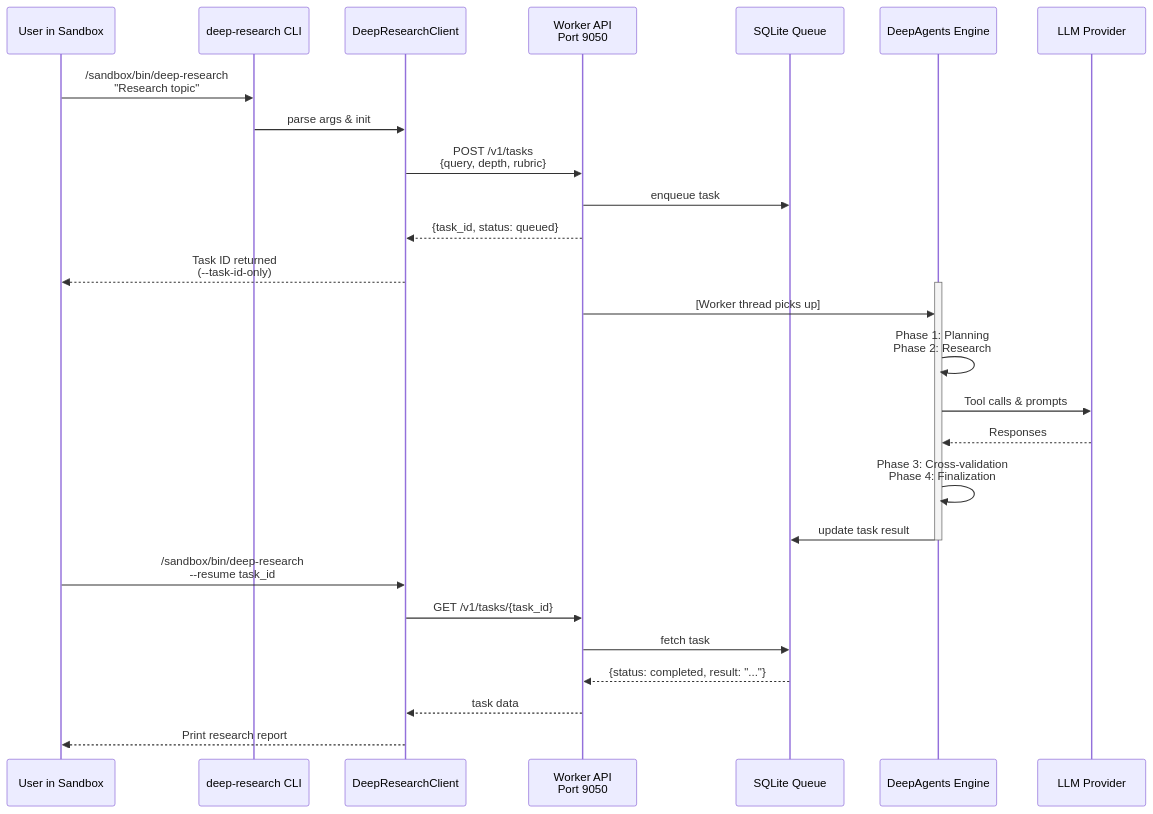
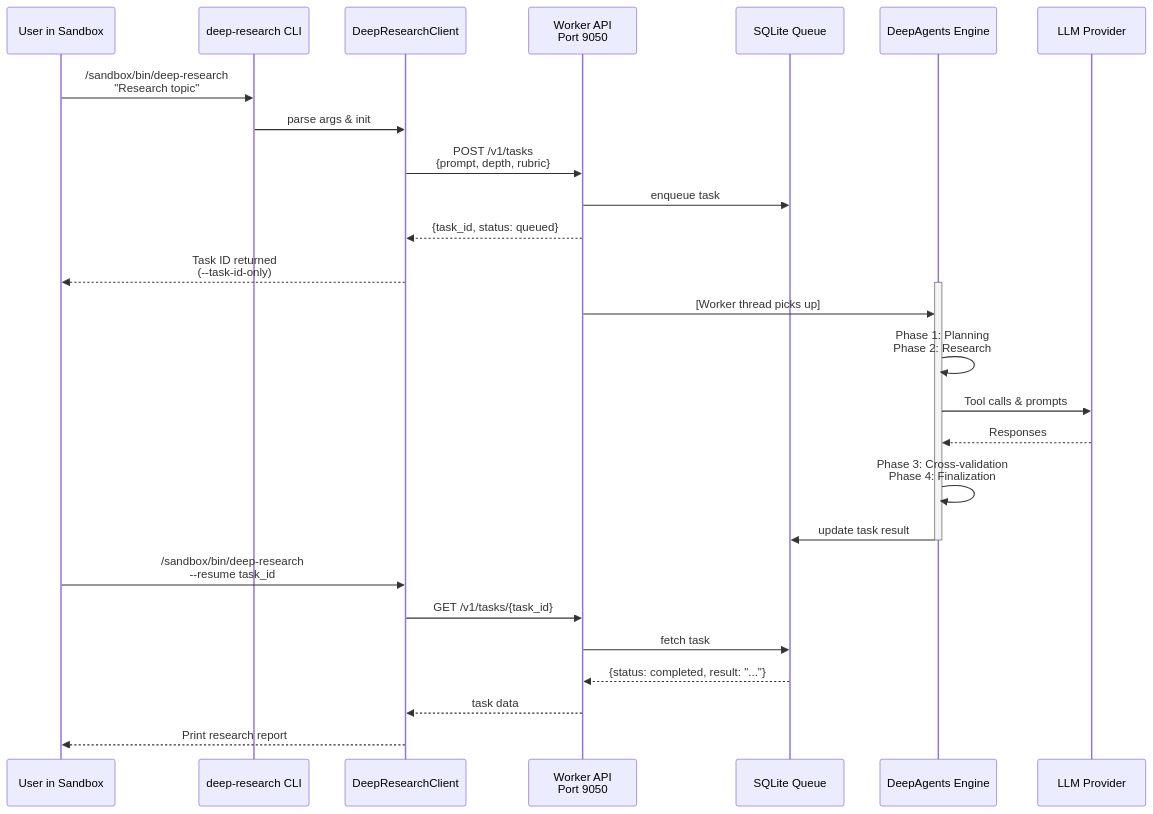
The second of 6 diagrams in examples/recipes/community/deep-research-worker/README.md (NVIDIA/nemoclaw-community), drawn with Mermaid before and after one commit. The commit also changed other lines of this file, not shown here.

````diff
--- a/examples/recipes/community/deep-research-worker/README.md
+++ b/examples/recipes/community/deep-research-worker/README.md
@@ -128,33 +128,33 @@
 ```mermaid
 sequenceDiagram
     participant User as User in Sandbox
     participant CLI as deep-research CLI
     participant Client as DeepResearchClient
     participant API as Worker API<br/>Port 9050
     participant Queue as SQLite Queue
     participant Engine as DeepAgents Engine
     participant LLM as LLM Provider
-
+    
     User ->> CLI: /sandbox/bin/deep-research<br/>"Research topic"
     CLI ->> Client: parse args & init
-    Client ->> API: POST /v1/tasks<br/>{query, depth, rubric}
+    Client ->> API: POST /v1/tasks<br/>{prompt, depth, rubric}
     API ->> Queue: enqueue task
     API -->> Client: {task_id, status: queued}
     Client -->> User: Task ID returned<br/>(--task-id-only)
-
+    
     activate Engine
     API ->> Engine: [Worker thread picks up]
     Engine ->> Engine: Phase 1: Planning<br/>Phase 2: Research
     Engine ->> LLM: Tool calls & prompts
     LLM -->> Engine: Responses
     Engine ->> Engine: Phase 3: Cross-validation<br/>Phase 4: Finalization
     Engine ->> Queue: update task result
     deactivate Engine
-
+    
     User ->> Client: /sandbox/bin/deep-research<br/>--resume task_id
     Client ->> API: GET /v1/tasks/{task_id}
     API ->> Queue: fetch task
     Queue -->> API: {status: completed, result: "..."}
     API -->> Client: task data
     Client -->> User: Print research report
 ```
````
